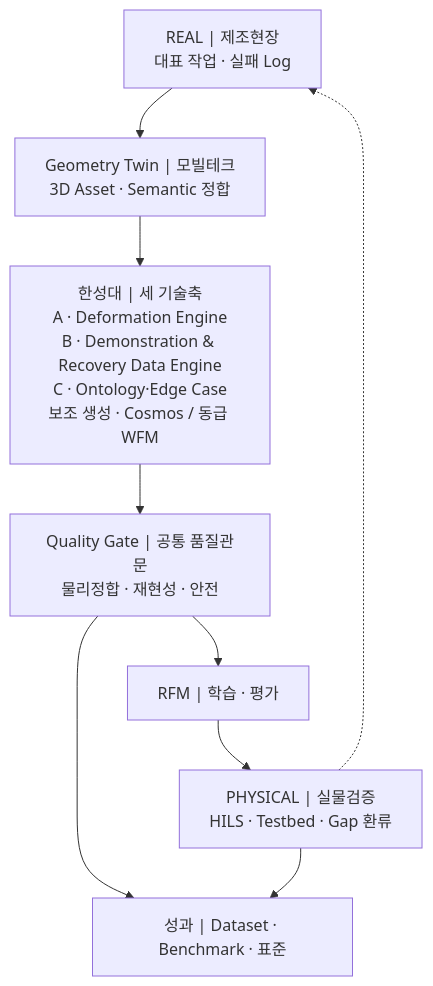
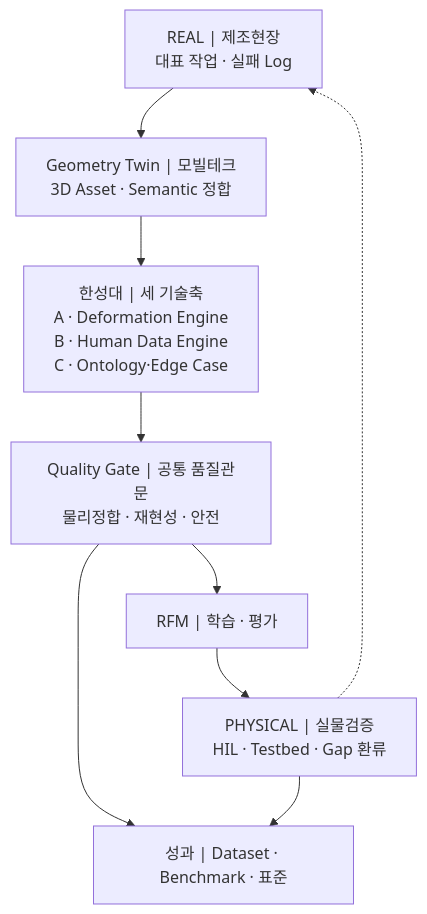
One commit to parclab-hsu/parclab-hsu.github.io changed the second of 2 diagrams in homepage-src/docs/projects/manufacturing-data-factory-rfm/roadmap.md. Above: the diagram before and after it, drawn with Mermaid. The commit also changed other lines of this file and 8 other files, not shown here.

````diff
--- a/homepage-src/docs/projects/manufacturing-data-factory-rfm/roadmap.md
+++ b/homepage-src/docs/projects/manufacturing-data-factory-rfm/roadmap.md
@@ -83,15 +85,15 @@
 ```mermaid
 flowchart TB
     REAL["REAL | 제조현장<br/>대표 작업 · 실패 Log"]
     GEO["Geometry Twin | 모빌테크<br/>3D Asset · Semantic 정합"]
-    CORE["한성대 | 세 기술축<br/>A · Deformation Engine<br/>B · Demonstration & Recovery Data Engine<br/>C · Ontology·Edge Case<br/>보조 생성 · Cosmos / 동급 WFM"]
+    CORE["한성대 | 세 기술축<br/>A · Deformation Engine<br/>B · Human Data Engine<br/>C · Ontology·Edge Case"]
     GATE["Quality Gate | 공통 품질관문<br/>물리정합 · 재현성 · 안전"]
     RFM["RFM | 학습 · 평가"]
-    TEST["PHYSICAL | 실물검증<br/>HILS · Testbed · Gap 환류"]
+    TEST["PHYSICAL | 실물검증<br/>HIL · Testbed · Gap 환류"]
     OUTPUT["성과 | Dataset · Benchmark · 표준"]
 
     REAL --> GEO --> CORE --> GATE --> RFM --> TEST
     GATE --> OUTPUT
     TEST --> OUTPUT
     TEST -.-> REAL
 ```
````
